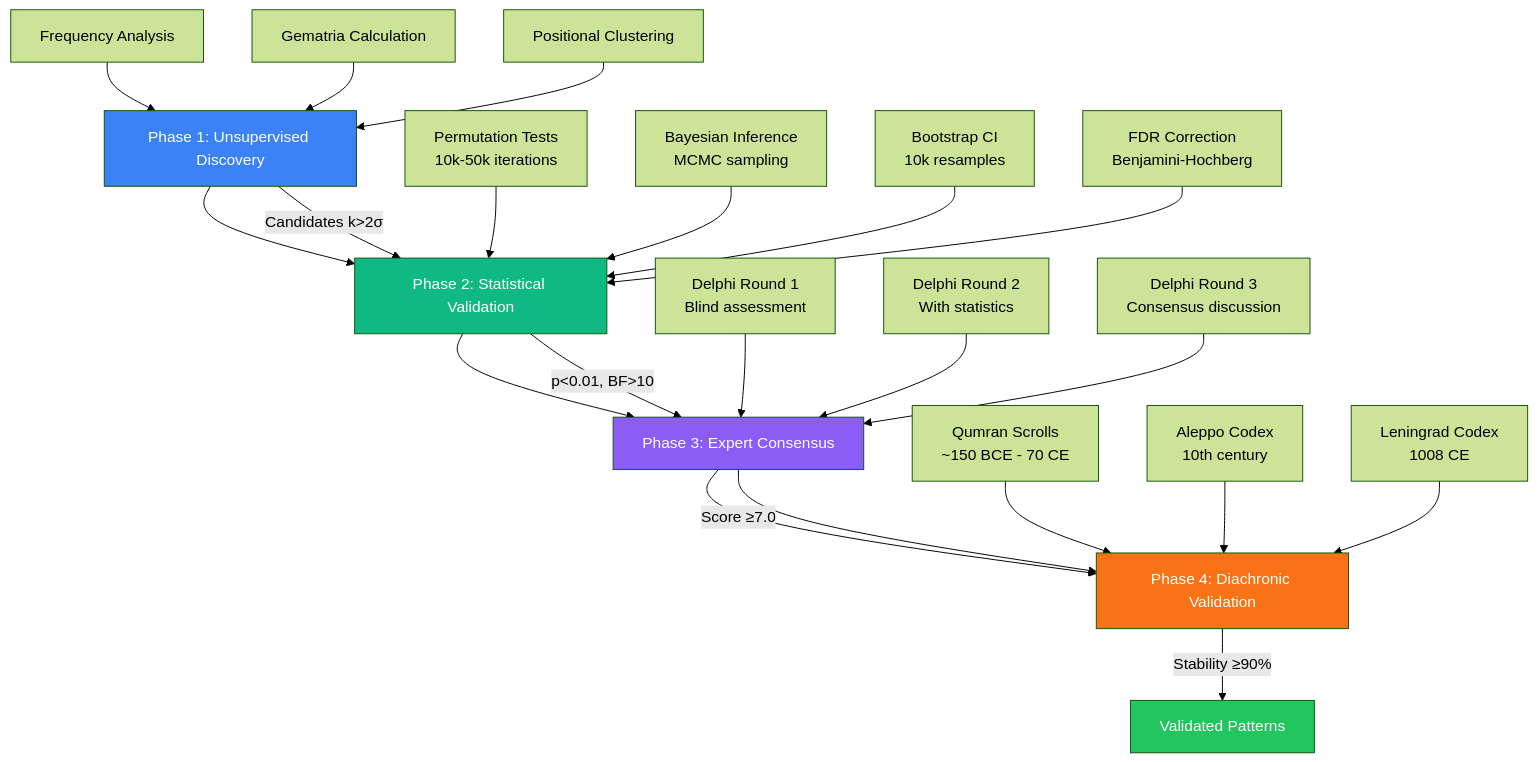
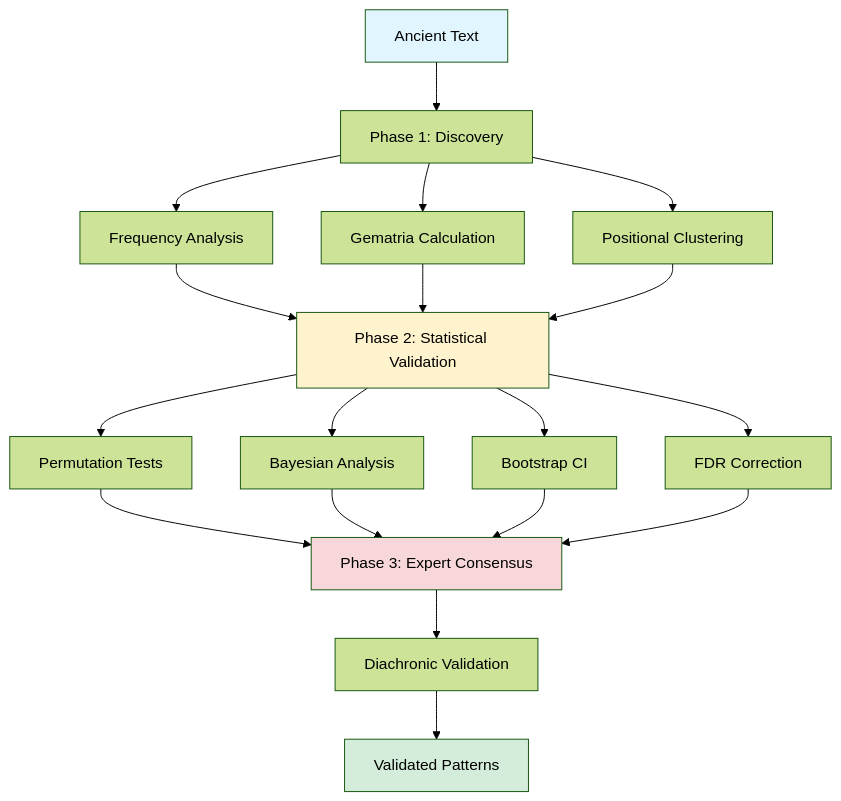
One commit to benseddikahmed-sudo/Ancient-Text-Numerical-Analysis-v-0.4 changed the diagram in README.md. Above: the diagram before and after it, drawn with Mermaid (forest theme). The commit also changed other lines of this file, not shown here.

````diff
--- a/README.md
+++ b/README.md
@@ -57,34 +161,25 @@
 ```mermaid
 graph TD
-    A[Phase 1: Unsupervised Discovery] --> B[Phase 2: Statistical Validation]
-    B --> C[Phase 3: Expert Consensus]
-    C --> D[Phase 4: Diachronic Validation]
+    A[Ancient Text] --> B[Phase 1: Discovery]
+    B --> C[Frequency Analysis]
+    B --> D[Gematria Calculation]
+    B --> E[Positional Clustering]
+    C --> F[Phase 2: Statistical Validation]
+    D --> F
+    E --> F
+    F --> G[Permutation Tests]
+    F --> H[Bayesian Analysis]
+    F --> I[Bootstrap CI]
+    F --> J[FDR Correction]
+    G --> K[Phase 3: Expert Consensus]
+    H --> K
+    I --> K
+    J --> K
+    K --> L[Diachronic Validation]
+    L --> M[Validated Patterns]
     
-    A -->|Candidates k>2σ| B
-    B -->|p<0.01, BF>10| C
-    C -->|Score ≥7.0| D
-    D -->|Stability ≥90%| E[Validated Patterns]
-    
-    A1[Frequency Analysis] --> A
-    A2[Gematria Calculation] --> A
-    A3[Positional Clustering] --> A
-    
-    B1[Permutation Tests<br/>10k-50k iterations] --> B
-    B2[Bayesian Inference<br/>MCMC sampling] --> B
-    B3[Bootstrap CI<br/>10k resamples] --> B
-    B4[FDR Correction<br/>Benjamini-Hochberg] --> B
-    
-    C1[Delphi Round 1<br/>Blind assessment] --> C
-    C2[Delphi Round 2<br/>With statistics] --> C
-    C3[Delphi Round 3<br/>Consensus discussion] --> C
-    
-    D1[Qumran Scrolls<br/>~150 BCE - 70 CE] --> D
-    D2[Aleppo Codex<br/>10th century] --> D
-    D3[Leningrad Codex<br/>1008 CE] --> D
-    
-    style A fill:#3b82f6,color:#fff
-    style B fill:#10b981,color:#fff
-    style C fill:#8b5cf6,color:#fff
-    style D fill:#f97316,color:#fff
-    style E fill:#22c55e,color:#fff
+    style A fill:#e1f5ff
+    style M fill:#d4edda
+    style F fill:#fff3cd
+    style K fill:#f8d7da
 ```
````
